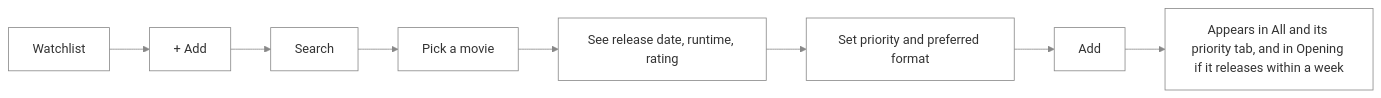
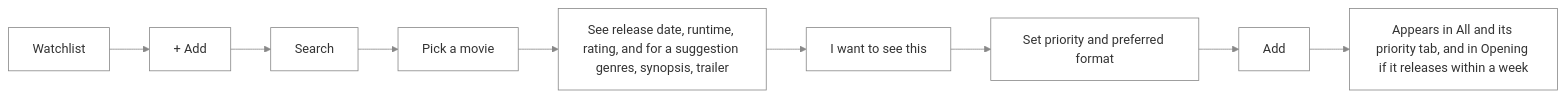
One commit to NovaMoonX/moondreams-dev-apps changed diagram 20 of 26 in src/apps/a-list/UX.md. Above: the diagram before and after it, drawn with Mermaid. The commit also changed other lines of this file and 14 other files, not shown here.

````diff
--- a/src/apps/a-list/UX.md
+++ b/src/apps/a-list/UX.md
@@ -626,5 +626,5 @@
 ```mermaid
 %%{init: {'theme': 'base', 'themeVariables': {'primaryColor': 'transparent', 'clusterBkg': 'transparent', 'primaryBorderColor': '#888888', 'clusterBorder': '#888888', 'lineColor': '#888888', 'primaryTextColor': '#333333'}}}%%
 flowchart LR
-    A[Watchlist] --> B[+ Add] --> C[Search] --> D[Pick a movie] --> E[See release date, runtime, rating] --> F[Set priority and preferred format] --> G[Add] --> H[Appears in All and its priority tab, and in Opening if it releases within a week]
+    A[Watchlist] --> B[+ Add] --> C[Search] --> D[Pick a movie] --> E[See release date, runtime, rating, and for a suggestion genres, synopsis, trailer] --> E2[I want to see this] --> F[Set priority and preferred format] --> G[Add] --> H[Appears in All and its priority tab, and in Opening if it releases within a week]
 ```
````
